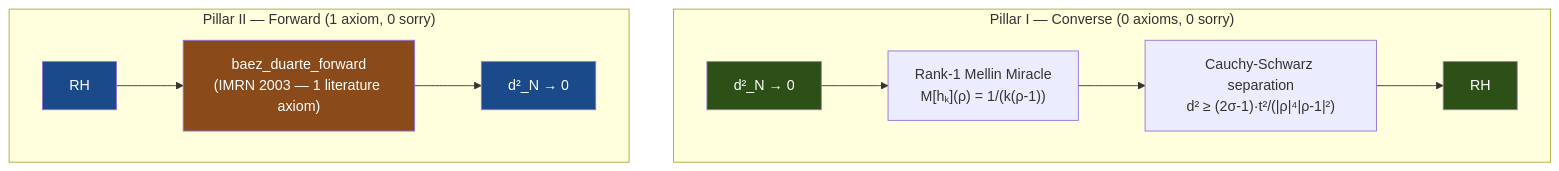
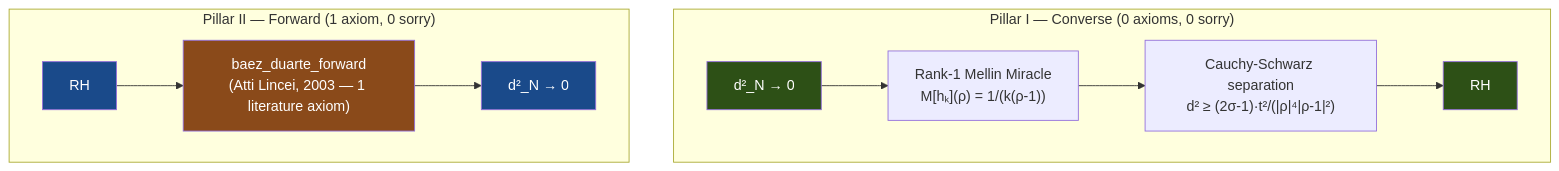
The diagram in OVERVIEW.md (jrgochan/prime), drawn with Mermaid before and after one commit. The commit also changed other lines of this file and 4 other files, not shown here.

````diff
--- a/OVERVIEW.md
+++ b/OVERVIEW.md
@@ -46,23 +46,23 @@
 ```mermaid
 graph TD
     subgraph "Pillar I — Converse (0 axioms, 0 sorry)"
         C1["d²_N → 0"]
         C2["Rank-1 Mellin Miracle<br/>M[hₖ](ρ) = 1/(k(ρ-1))"]
         C3["Cauchy-Schwarz separation<br/>d² ≥ (2σ-1)·t²/(|ρ|⁴|ρ-1|²)"]
         C5["RH"]
         C1 --> C2 --> C3 --> C5
     end
 
     subgraph "Pillar II — Forward (1 axiom, 0 sorry)"
         F1["RH"]
-        F2["baez_duarte_forward<br/>(IMRN 2003 — 1 literature axiom)"]
+        F2["baez_duarte_forward<br/>(Atti Lincei, 2003 — 1 literature axiom)"]
         F6["d²_N → 0"]
         F1 --> F2 --> F6
     end
 
     style C1 fill:#2d5016,color:white
     style C5 fill:#2d5016,color:white
     style F1 fill:#1a4a8a,color:white
     style F6 fill:#1a4a8a,color:white
     style F2 fill:#8a4a1a,color:white
 ```
````
